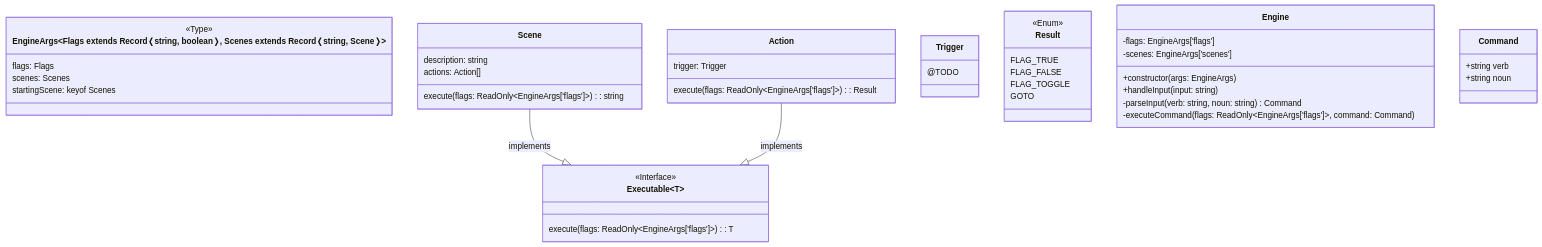
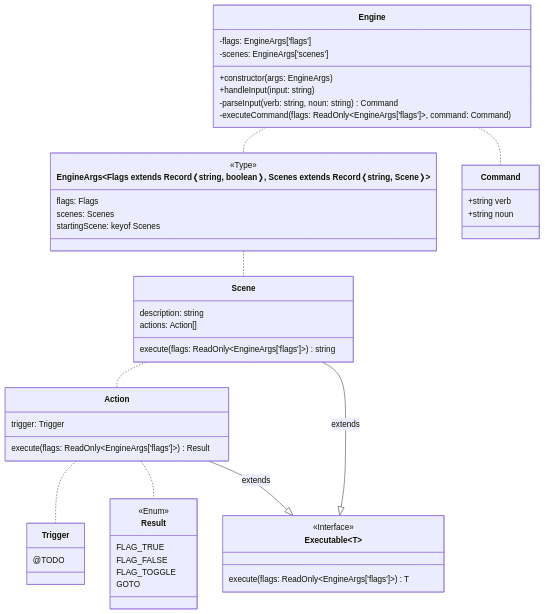
The diagram in README.md (flipactual/text-adventure-experiment), drawn with Mermaid before and after one commit.

````diff
--- a/README.md
+++ b/README.md
@@ -3,46 +3,52 @@
 ```mermaid
 classDiagram
 class EngineArgs~Flags extends Record❬string, boolean❭, Scenes extends Record❬string, Scene❭~ {
   <<Type>>
   flags: Flags
   scenes: Scenes
   startingScene: keyof Scenes
 }
+EngineArgs .. Scene
 class Executable~T~ {
   <<Interface>>
-  execute(flags: ReadOnly~EngineArgs['flags']~) : T
+  execute(flags: ReadOnly~EngineArgs['flags']~) T
 }
 class Scene {
   description: string
   actions: Action[]
-  execute(flags: ReadOnly~EngineArgs['flags']~) : string
+  execute(flags: ReadOnly~EngineArgs['flags']~) string
 }
-Scene --|> Executable : implements
+Scene .. Action
+Scene --|> Executable : extends
 class Action {
   trigger: Trigger
-  execute(flags: ReadOnly~EngineArgs['flags']~) : Result
+  execute(flags: ReadOnly~EngineArgs['flags']~) Result
 }
-Action --|> Executable : implements
+Action .. Trigger
+Action .. Result
+Action --|> Executable : extends
 class Trigger {
   @TODO
 }
 class Result {
   <<Enum>>
   FLAG_TRUE
   FLAG_FALSE
   FLAG_TOGGLE
   GOTO
 }
 class Engine {
   -flags: EngineArgs['flags']
   -scenes: EngineArgs['scenes']
   +constructor(args: EngineArgs)
   +handleInput(input: string)
   -parseInput(verb: string, noun: string) Command
   -executeCommand(flags: ReadOnly~EngineArgs['flags']~, command: Command)
 }
+Engine .. EngineArgs
+Engine .. Command
 class Command {
   +string verb
   +string noun
 }
 ```
````
